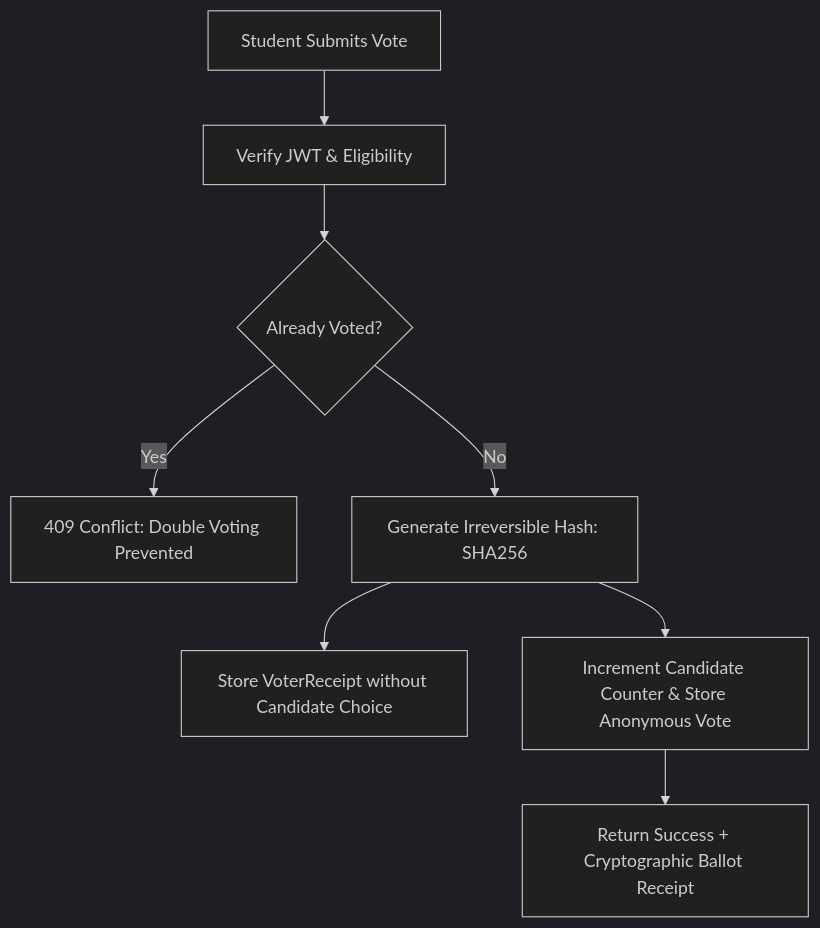
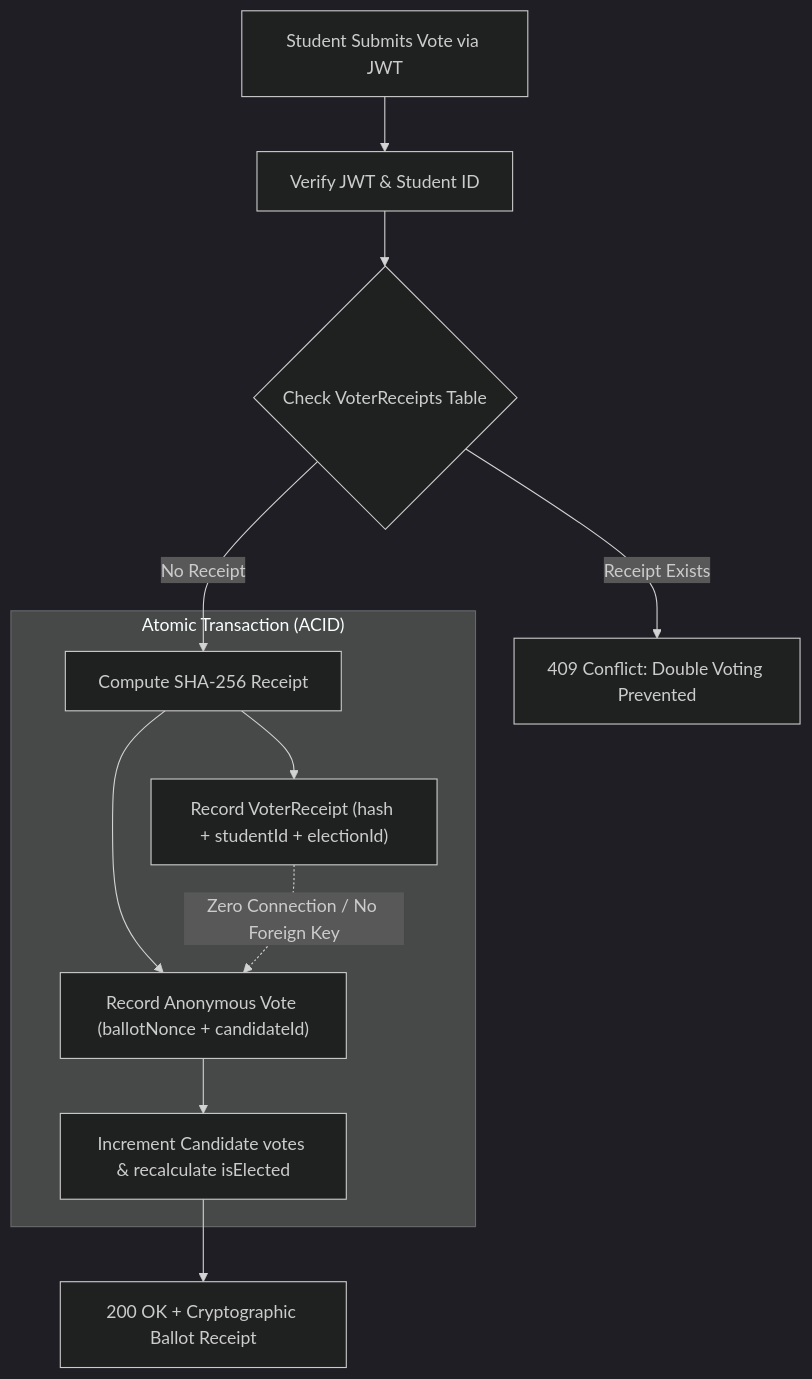
One commit to traza8460/dvm changed the second of 3 diagrams in README.md. Above: the diagram before and after it, drawn with Mermaid (dark theme). The commit also changed other lines of this file, not shown here.

````diff
--- a/README.md
+++ b/README.md
@@ -162,10 +143,16 @@
 ```mermaid
 flowchart TD
-    A[Student Submits Vote] --> B[Verify JWT & Eligibility]
-    B --> C{Already Voted?}
-    C -- Yes --> D[409 Conflict: Double Voting Prevented]
-    C -- No --> E[Generate Irreversible Hash: SHA256]
-    E --> F[Store VoterReceipt without Candidate Choice]
-    E --> G[Increment Candidate Counter & Store Anonymous Vote]
-    G --> H[Return Success + Cryptographic Ballot Receipt]
+    A[Student Submits Vote via JWT] --> B[Verify JWT & Student ID]
+    B --> C{Check VoterReceipts Table}
+    C -- "Receipt Exists" --> D[409 Conflict: Double Voting Prevented]
+    C -- "No Receipt" --> E[Compute SHA-256 Receipt]
+    
+    subgraph Decoupled_Atomic_Transaction ["Atomic Transaction (ACID)"]
+        E --> F["Record VoterReceipt (hash + studentId + electionId)"]
+        E --> G["Record Anonymous Vote (ballotNonce + candidateId)"]
+        G --> H["Increment Candidate votes & recalculate isElected"]
+    end
+    
+    F -.->|"Zero Connection / No Foreign Key"| G
+    H --> I[200 OK + Cryptographic Ballot Receipt]
 ```
````
